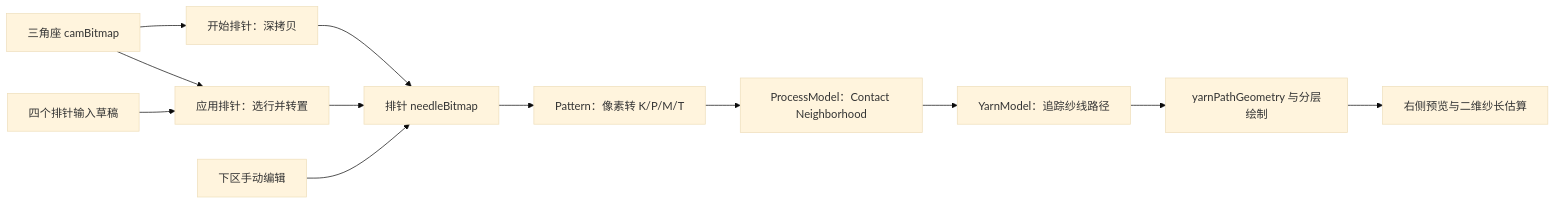
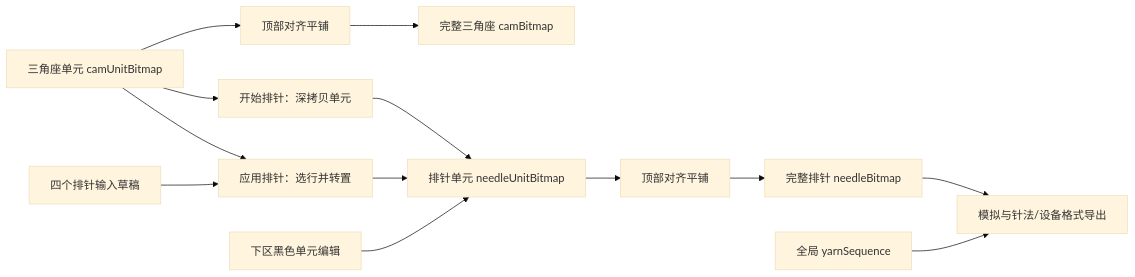
The diagram in KnitScape_当前功能与算法.md (newman655200/KnitScape), drawn with Mermaid (base theme) before and after one commit. The commit also changed other lines of this file and 2 other files, not shown here.

````diff
--- a/KnitScape_当前功能与算法.md
+++ b/KnitScape_当前功能与算法.md
@@ -54,14 +97,15 @@
 ```mermaid
 flowchart LR
-    A["三角座 camBitmap"] --> B["开始排针：深拷贝"]
-    A --> C["应用排针：选行并转置"]
-    D["四个排针输入草稿"] --> C
-    B --> E["排针 needleBitmap"]
-    C --> E
-    F["下区手动编辑"] --> E
-    E --> G["Pattern：像素转 K/P/M/T"]
-    G --> H["ProcessModel：Contact Neighborhood"]
-    H --> I["YarnModel：追踪纱线路径"]
-    I --> J["yarnPathGeometry 与分层绘制"]
-    J --> K["右侧预览与二维纱长估算"]
+    A["三角座单元 camUnitBitmap"] --> B["顶部对齐平铺"]
+    A --> C["开始排针：深拷贝单元"]
+    A --> D["应用排针：选行并转置"]
+    E["四个排针输入草稿"] --> D
+    C --> F["排针单元 needleUnitBitmap"]
+    D --> F
+    G["下区黑色单元编辑"] --> F
+    F --> H["顶部对齐平铺"]
+    B --> I["完整三角座 camBitmap"]
+    H --> J["完整排针 needleBitmap"]
+    J --> K["模拟与针法/设备格式导出"]
+    L["全局 yarnSequence"] --> K
 ```
````
